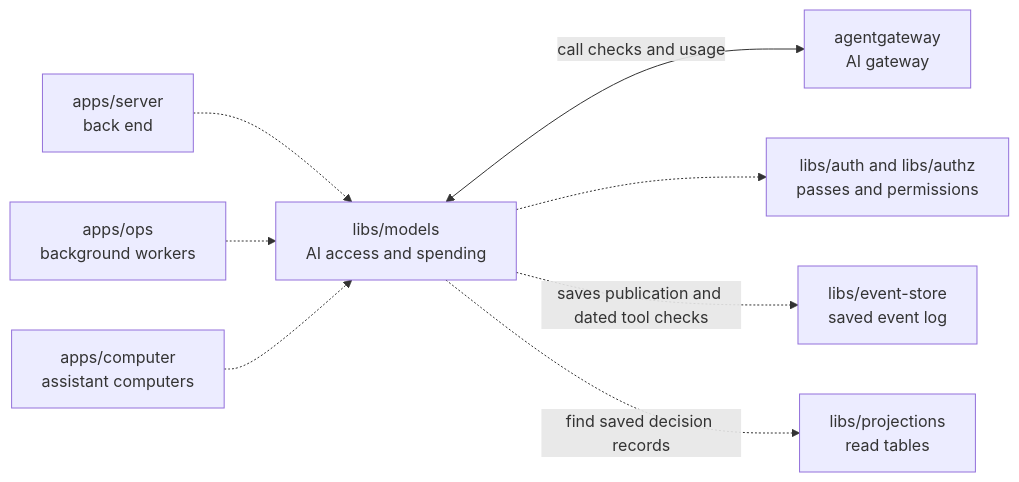
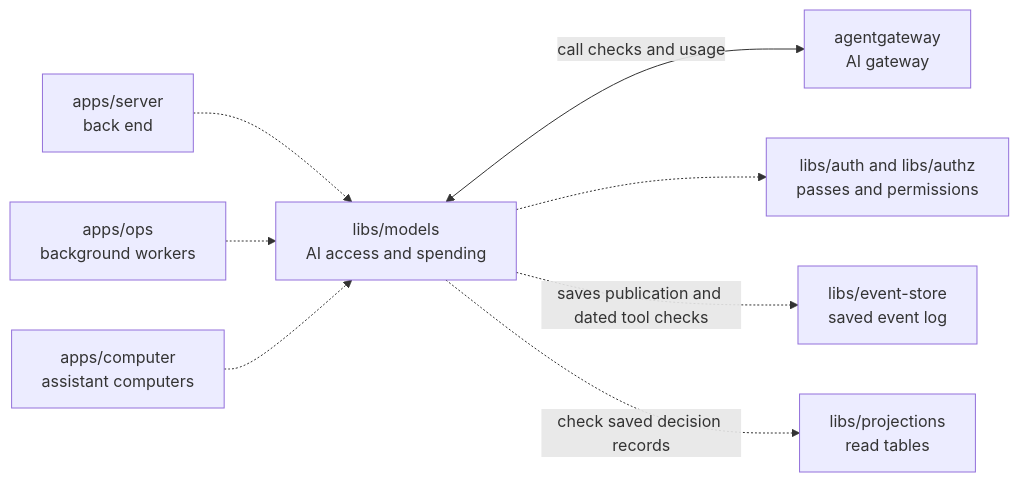
One commit to elewa-git/opencrane-new changed the diagram in libs/models/README.md. Above: the diagram before and after it, drawn with Mermaid. The commit also changed other lines of this file and 8 other files, not shown here.

````diff
--- a/libs/models/README.md
+++ b/libs/models/README.md
@@ -21,10 +22,10 @@
 ```mermaid
 flowchart LR
   server["apps/server<br/>back end"] -.-> models["libs/models<br/>AI access and spending"]
   ops["apps/ops<br/>background workers"] -.-> models
   computer["apps/computer<br/>assistant computers"] -.-> models
   models <-->|call checks and usage| gateway["agentgateway<br/>AI gateway"]
   models -.-> auth["libs/auth and libs/authz<br/>passes and permissions"]
   models -.->|saves publication and dated tool checks| store["libs/event-store<br/>saved event log"]
-  models -.->|find saved decision records| projections["libs/projections<br/>read tables"]
+  models -.->|check saved decision records| projections["libs/projections<br/>read tables"]
 ```
````
